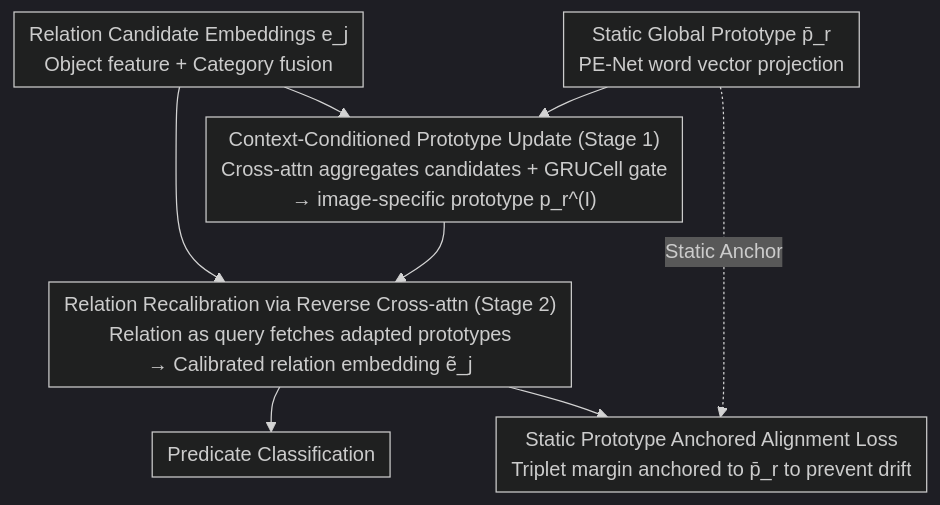
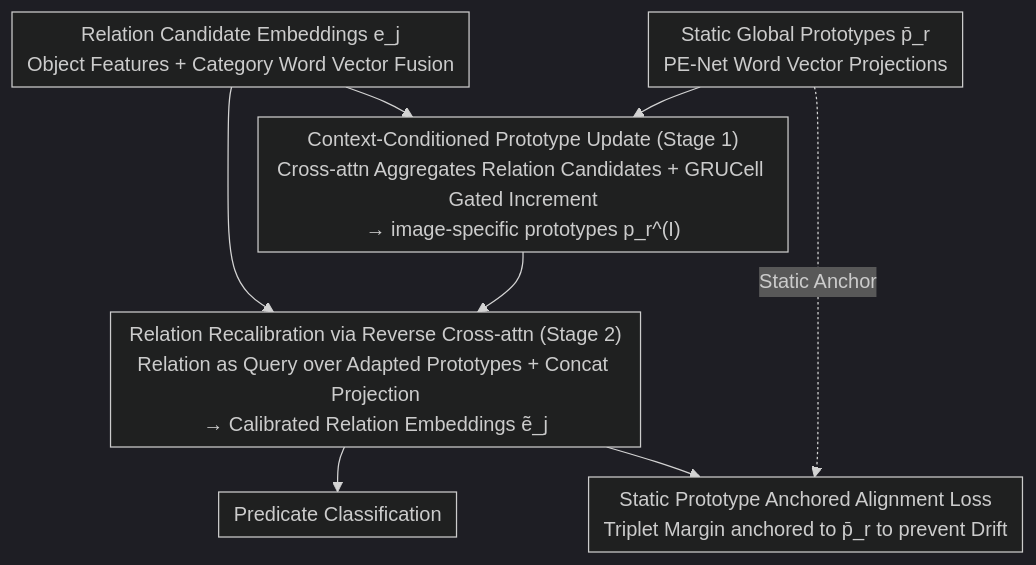
One commit to zhaoyang97/Paper-Notes-en changed the diagram in docs/ICML2026/optimization/learning_context-conditioned_predicate_semantics_via_prototype_feedback.md. Above: the diagram before and after it, drawn with Mermaid (dark theme). The commit also changed other lines of this file and 5084 other files, not shown here.

````diff
--- a/docs/ICML2026/optimization/learning_context-conditioned_predicate_semantics_via_prototype_feedback.md
+++ b/docs/ICML2026/optimization/learning_context-conditioned_predicate_semantics_via_prototype_feedback.md
@@ -49,15 +49,15 @@
 ```mermaid
 %%{init: {'flowchart': {'rankSpacing': 24, 'nodeSpacing': 28, 'padding': 6, 'wrappingWidth': 400}}}%%
 flowchart TD
-    A["Relation Candidate Embeddings e_j<br/>Object feature + Category fusion"]
-    P["Static Global Prototype p̄_r<br/>PE-Net word vector projection"]
+    A["Relation Candidate Embeddings e_j<br/>Object Features + Category Word Vector Fusion"]
+    P["Static Global Prototypes p̄_r<br/>PE-Net Word Vector Projections"]
     A --> S1
     P --> S1
-    S1["Context-Conditioned Prototype Update (Stage 1)<br/>Cross-attn aggregates candidates + GRUCell gate<br/>→ image-specific prototype p_r^(I)"]
+    S1["Context-Conditioned Prototype Update (Stage 1)<br/>Cross-attn Aggregates Relation Candidates + GRUCell Gated Increment<br/>→ image-specific prototypes p_r^(I)"]
     A --> S2
     S1 --> S2
-    S2["Relation Recalibration via Reverse Cross-attn (Stage 2)<br/>Relation as query fetches adapted prototypes<br/>→ Calibrated relation embedding ẽ_j"]
+    S2["Relation Recalibration via Reverse Cross-attn (Stage 2)<br/>Relation as Query over Adapted Prototypes + Concat Projection<br/>→ Calibrated Relation Embeddings ẽ_j"]
     S2 --> C["Predicate Classification"]
-    S2 --> L["Static Prototype Anchored Alignment Loss<br/>Triplet margin anchored to p̄_r to prevent drift"]
+    S2 --> L["Static Prototype Anchored Alignment Loss<br/>Triplet Margin anchored to p̄_r to prevent Drift"]
     P -.Static Anchor.-> L
 ```
````
